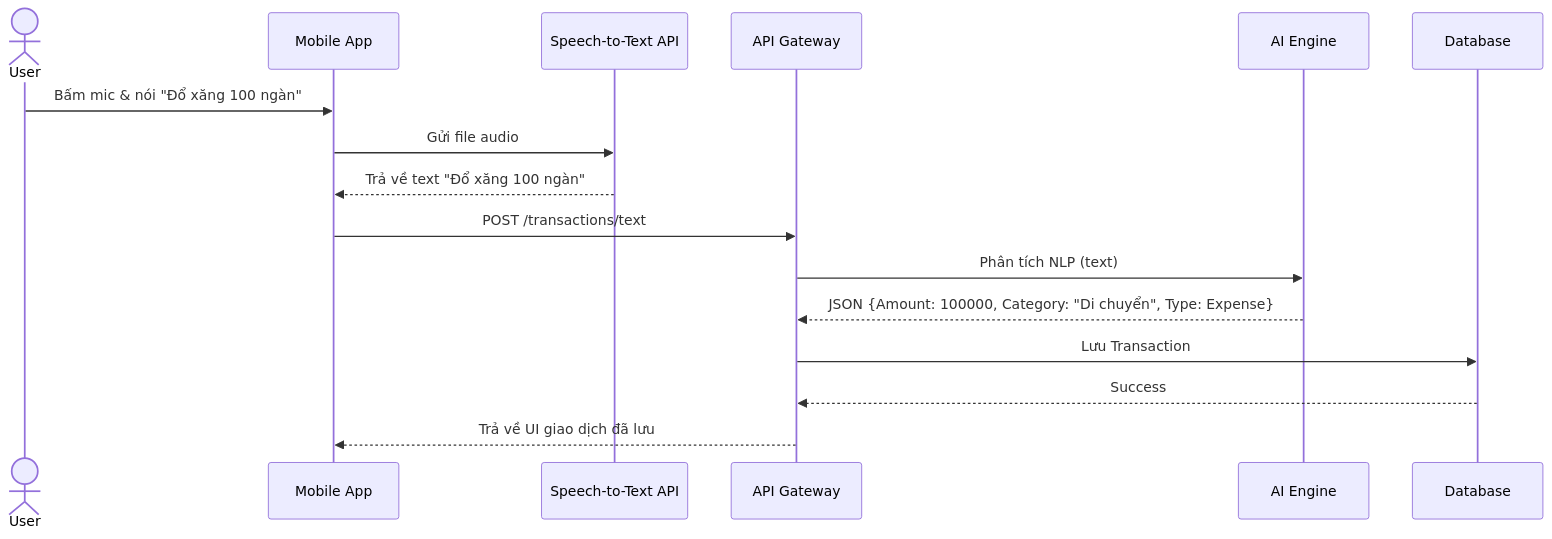
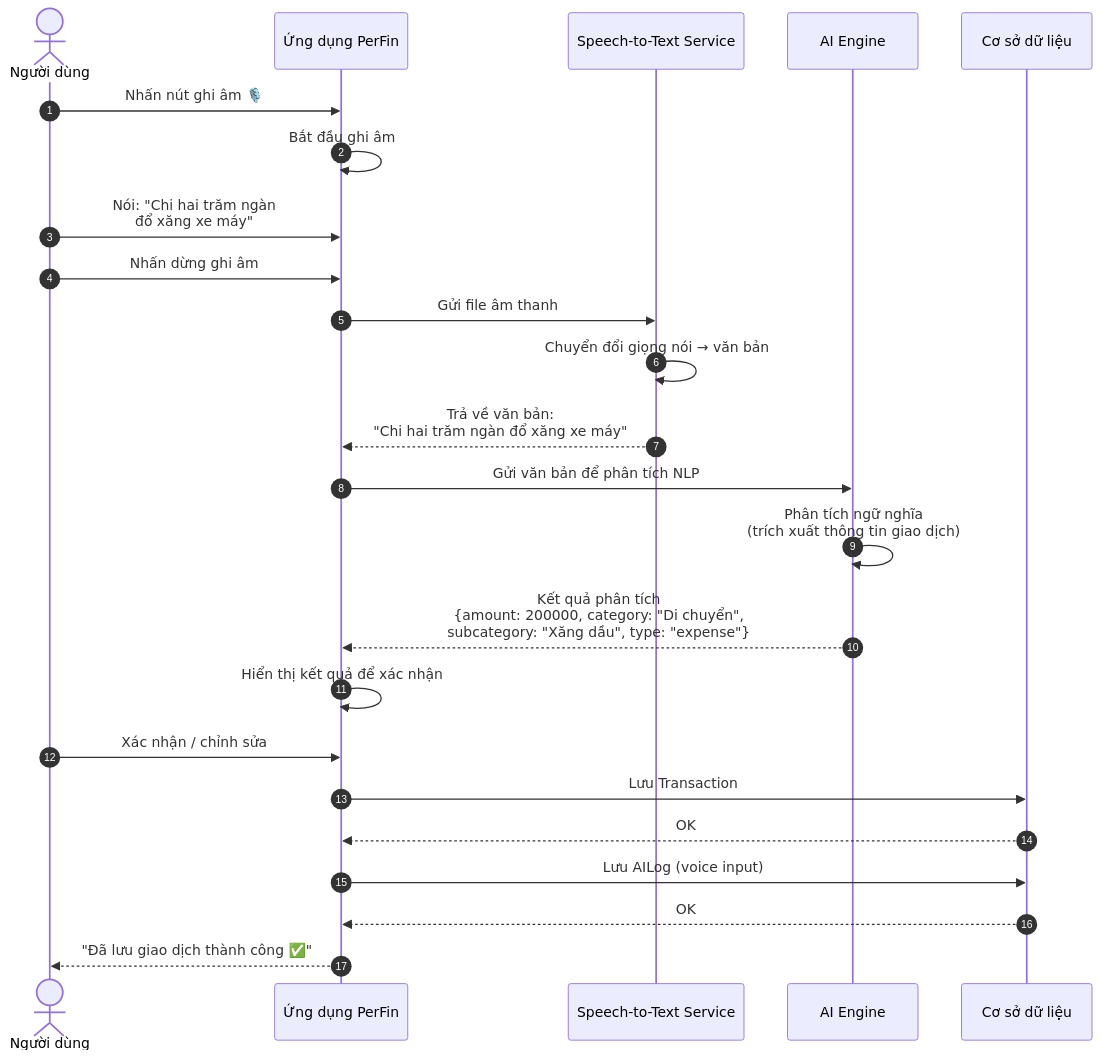
One commit to ngthtrong/perfin-nienluan changed the second of 8 diagrams in NIÊN LUẬN/diagrams/mermaid/sequence-diagrams.md. Above: the diagram before and after it, drawn with Mermaid. The commit also changed other lines of this file and 25 other files, not shown here.

Commit message:
Delete REQ-10 Collaboration document and update SRS with new structure and diagrams

````diff
--- a/NIÊN LUẬN/diagrams/mermaid/sequence-diagrams.md
+++ b/NIÊN LUẬN/diagrams/mermaid/sequence-diagrams.md
@@ -23,19 +37,32 @@
 ```mermaid
 sequenceDiagram
-    actor User
-    participant App as Mobile App
-    participant STT as Speech-to-Text API
-    participant API as API Gateway
+    autonumber
+    actor User as Người dùng
+    participant App as Ứng dụng PerFin
+    participant STT as Speech-to-Text Service
     participant AI as AI Engine
-    participant DB as Database
+    participant DB as Cơ sở dữ liệu
 
-    User->>App: Bấm mic & nói "Đổ xăng 100 ngàn"
-    App->>STT: Gửi file audio
-    STT-->>App: Trả về text "Đổ xăng 100 ngàn"
-    App->>API: POST /transactions/text
-    API->>AI: Phân tích NLP (text)
-    AI-->>API: JSON {Amount: 100000, Category: "Di chuyển", Type: Expense}
-    API->>DB: Lưu Transaction
-    DB-->>API: Success
-    API-->>App: Trả về UI giao dịch đã lưu
+    User->>App: Nhấn nút ghi âm 🎙️
+    App->>App: Bắt đầu ghi âm
+    User->>App: Nói: "Chi hai trăm ngàn<br/>đổ xăng xe máy"
+    User->>App: Nhấn dừng ghi âm
+
+    App->>STT: Gửi file âm thanh
+    STT->>STT: Chuyển đổi giọng nói → văn bản
+    STT-->>App: Trả về văn bản:<br/>"Chi hai trăm ngàn đổ xăng xe máy"
+
+    App->>AI: Gửi văn bản để phân tích NLP
+    AI->>AI: Phân tích ngữ nghĩa<br/>(trích xuất thông tin giao dịch)
+    AI-->>App: Kết quả phân tích<br/>{amount: 200000, category: "Di chuyển",<br/>subcategory: "Xăng dầu", type: "expense"}
+
+    App->>App: Hiển thị kết quả để xác nhận
+    User->>App: Xác nhận / chỉnh sửa
+
+    App->>DB: Lưu Transaction
+    DB-->>App: OK
+    App->>DB: Lưu AILog (voice input)
+    DB-->>App: OK
+
+    App-->>User: "Đã lưu giao dịch thành công ✅"
 ```
````
